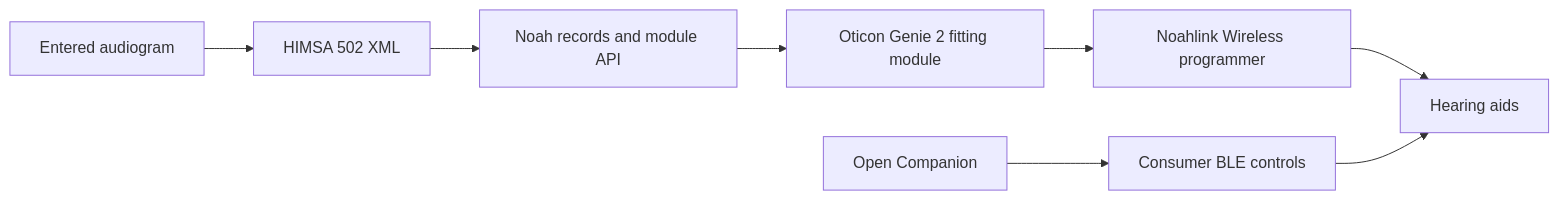
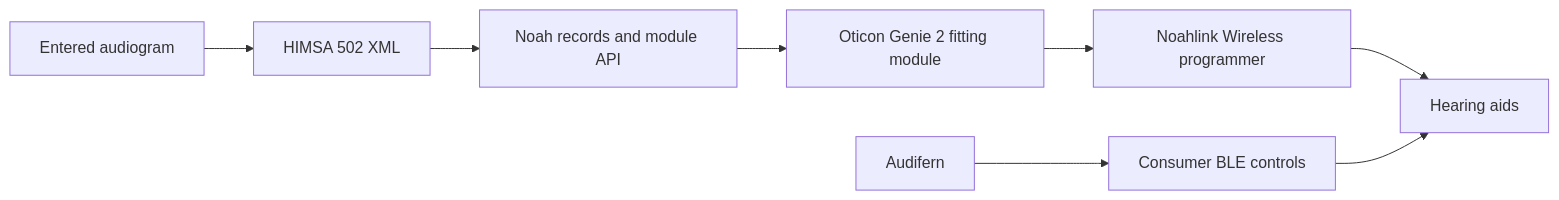
Before and after one commit to sabino/audifern: the diagram in docs/noah-investigation.md, drawn with Mermaid. The commit also changed 121 other files, not shown here.

Commit message:
Create Audifern interface, consumer snapshots and public-source preparation

````diff
--- a/docs/noah-investigation.md
+++ b/docs/noah-investigation.md
@@ -48,10 +48,10 @@
 ```mermaid
 flowchart LR
     Exam[Entered audiogram] --> XML[HIMSA 502 XML]
     XML --> Noah[Noah records and module API]
     Noah --> Genie[Oticon Genie 2 fitting module]
     Genie --> Programmer[Noahlink Wireless programmer]
     Programmer --> Aids[Hearing aids]
-    Mac[Open Companion] --> BLE[Consumer BLE controls]
+    Mac[Audifern] --> BLE[Consumer BLE controls]
     BLE --> Aids
 ```
````
